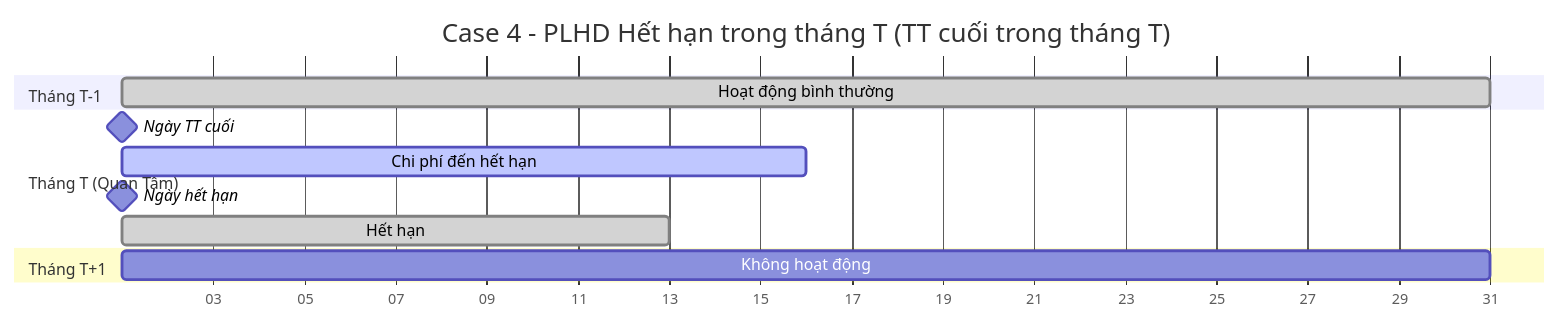
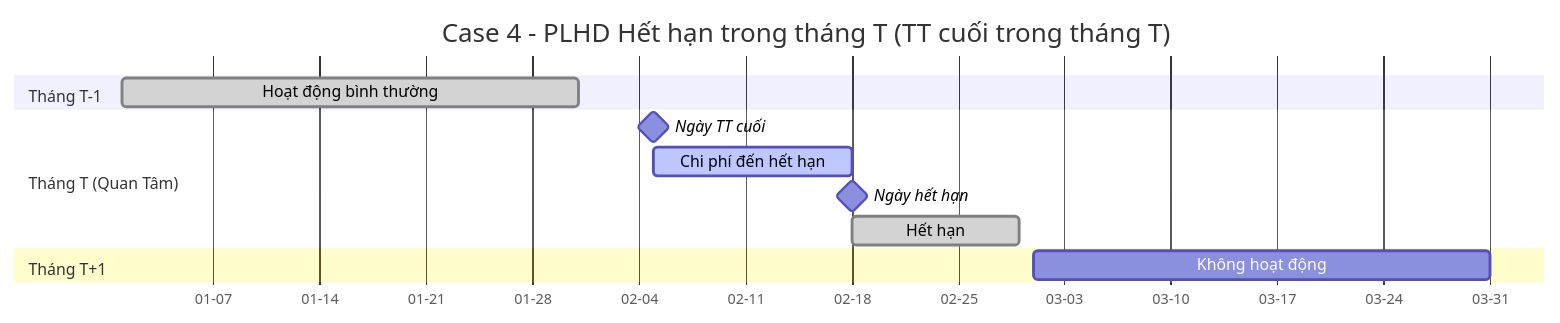
The fifth of 9 diagrams in description_v2.md (gvkth/qlbts_analyze_2o2adj-), drawn with Mermaid before and after one commit. The commit also changed other lines of this file, not shown here.

Commit message:
Update date formats and milestones in Gantt charts

````diff
--- a/description_v2.md
+++ b/description_v2.md
@@ -157,18 +157,18 @@
 ```mermaid
 gantt
     title Case 4 - PLHD Hết hạn trong tháng T (TT cuối trong tháng T)
-    dateFormat X
-    axisFormat %d
+    dateFormat YYYY-MM-DD
+    axisFormat %m-%d
     
     section Tháng T-1
-    Hoạt động bình thường    :done, prev-month, 1, 30d
+    Hoạt động bình thường    :done, prev-month, 2024-01-01, 2024-01-31
     
     section Tháng T (Quan Tâm)
-    Ngày TT cuối            :milestone, payment-date, 35, 0d
-    Chi phí đến hết hạn     :active, cost-period, 35, 15d
-    Ngày hết hạn            :milestone, expire-date, 50, 0d
-    Hết hạn                 :done, expired, 50, 12d
+    Ngày TT cuối            :milestone, payment-date, 2024-02-05, 0d
+    Chi phí đến hết hạn     :active, cost-period, 2024-02-05, 2024-02-18
+    Ngày hết hạn            :milestone, expire-date, 2024-02-18, 0d
+    Hết hạn                 :done, expired, 2024-02-18, 2024-02-29
     
     section Tháng T+1
-    Không hoạt động         :expired-inactive, 63, 30d
+    Không hoạt động         :expired-inactive, 2024-03-01, 2024-03-31
 ```
````
